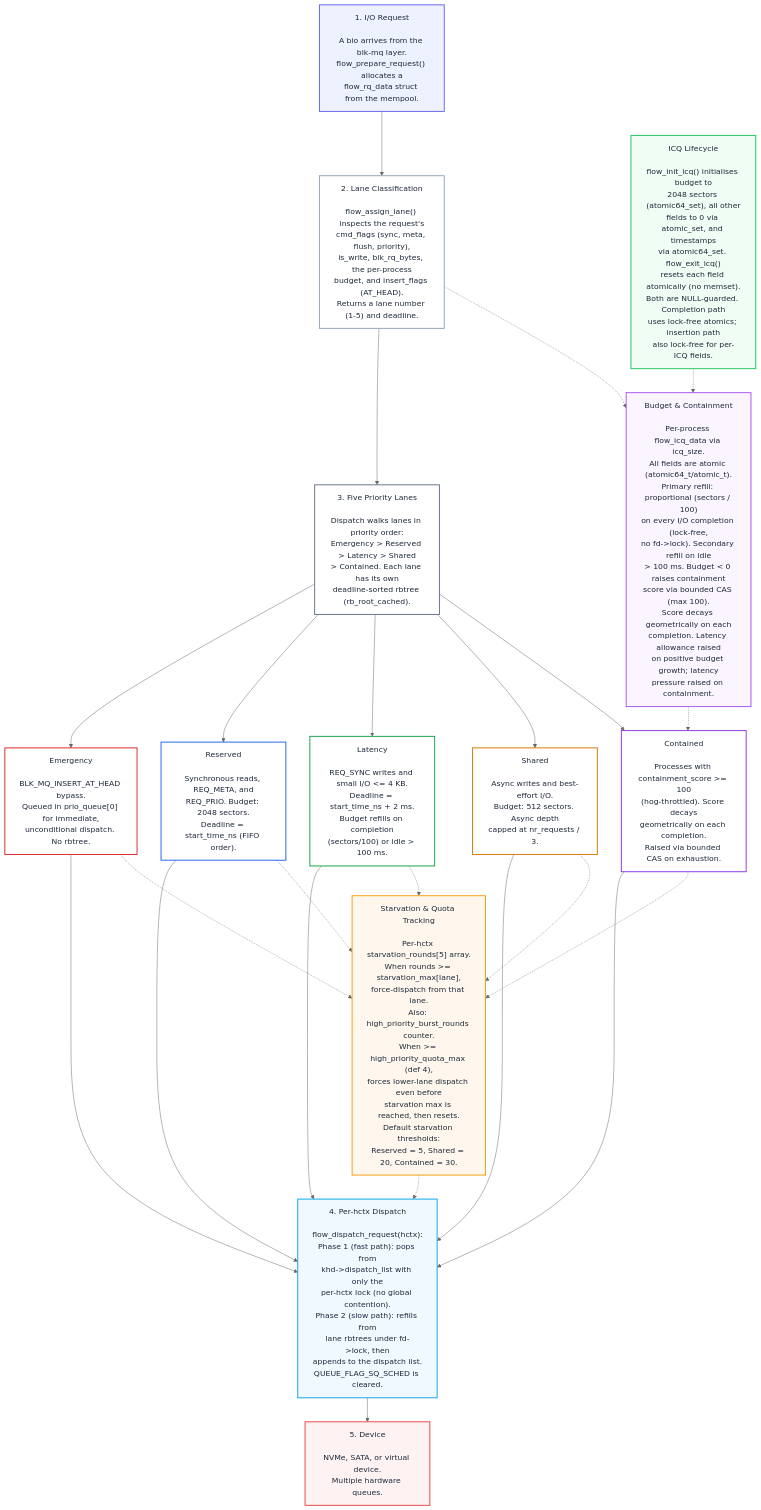
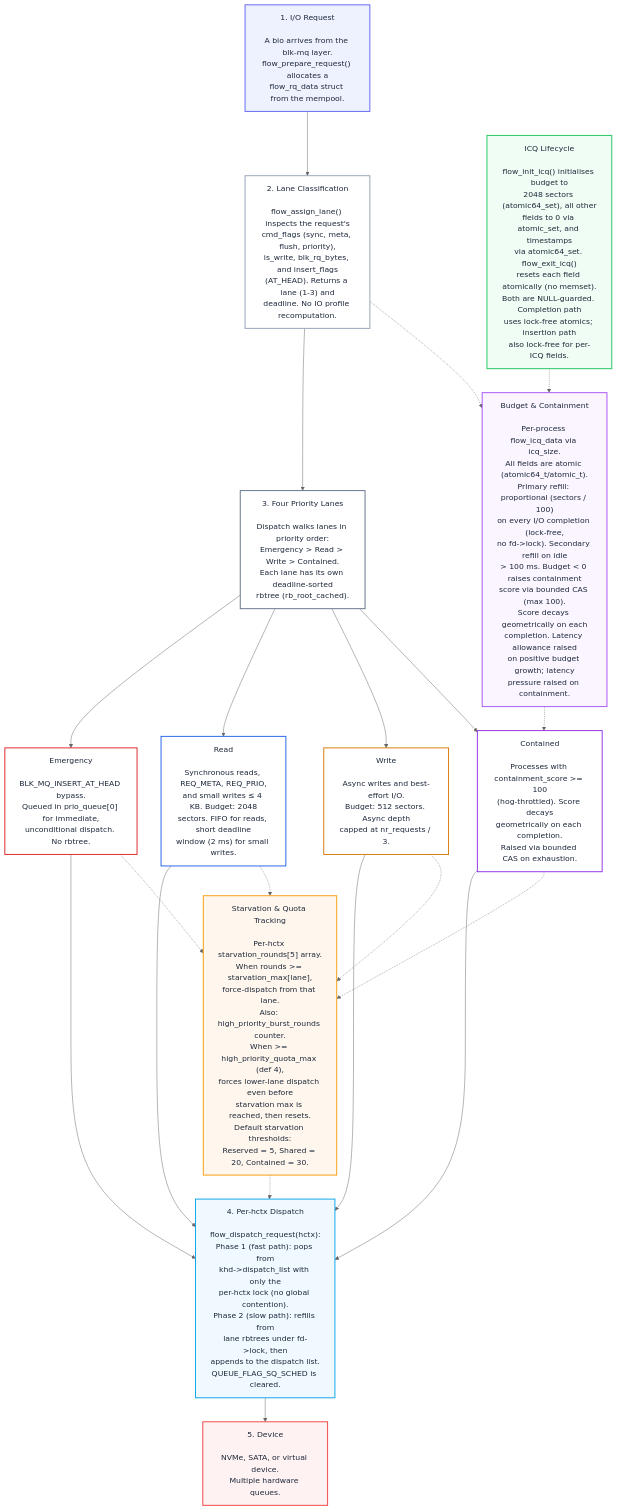
The diagram in README.md (galpt/flow-iosched), drawn with Mermaid (neutral theme) before and after one commit. The commit also changed other lines of this file and 3 other files, not shown here.

First line of the commit message:
flow-iosched: clean up stale v2.0.1 references after v3.0 re-architecture

```diff
--- a/README.md
+++ b/README.md
@@ -41,16 +40,16 @@
 
 flow_assign_lane() inspects the request's
 cmd_flags (sync, meta, flush, priority),
-is_write, blk_rq_bytes, the per-process
-budget, and insert_flags (AT_HEAD).
-Returns a lane number (1-5) and deadline."]
+is_write, blk_rq_bytes, and insert_flags
+(AT_HEAD). Returns a lane (1-3) and
+deadline. No IO profile recomputation."]
 
-    N3["3. Five Priority Lanes
+    N3["3. Four Priority Lanes
 
 Dispatch walks lanes in priority order:
-Emergency > Reserved > Latency > Shared
-> Contained. Each lane has its own
-deadline-sorted rbtree (rb_root_cached)."]
+Emergency > Read > Write > Contained.
+Each lane has its own deadline-sorted
+rbtree (rb_root_cached)."]
 
     C1["Emergency
 
@@ -58,20 +57,14 @@
 Queued in prio_queue[0] for immediate,
 unconditional dispatch. No rbtree."]
 
-    D1["Reserved
+    D1["Read
 
-Synchronous reads, REQ_META, and
-REQ_PRIO. Budget: 2048 sectors.
-Deadline = start_time_ns (FIFO order)."]
+Synchronous reads, REQ_META, REQ_PRIO,
+and small writes ≤ 4 KB. Budget: 2048
+sectors. FIFO for reads, short deadline
+window (2 ms) for small writes."]
 
-    E1["Latency
-
-REQ_SYNC writes and small I/O <= 4 KB.
-Deadline = start_time_ns + 2 ms.
-Budget refills on completion
-(sectors/100) or idle > 100 ms."]
-
-    F1["Shared
+    F1["Write
 
 Async writes and best-effort I/O.
 Budget: 512 sectors. Async depth
@@ -141,12 +134,10 @@
     B1 --> N3
     N3 --> C1
     N3 --> D1
-    N3 --> E1
     N3 --> F1
     N3 --> G1
     C1 --> H1
     D1 --> H1
-    E1 --> H1
     F1 --> H1
     G1 --> H1
     H1 --> I1
@@ -155,7 +146,6 @@
     J1 -.-> G1
     C1 -.-> K1
     D1 -.-> K1
-    E1 -.-> K1
     F1 -.-> K1
     G1 -.-> K1
     K1 -.-> H1
@@ -166,7 +156,6 @@
     style N3 fill:#fff,stroke:#64748b,stroke-width:2,color:#1e293b
     style C1 fill:#fff,stroke:#dc2626,stroke-width:2,color:#1e293b
     style D1 fill:#fff,stroke:#2563eb,stroke-width:2,color:#1e293b
-    style E1 fill:#fff,stroke:#16a34a,stroke-width:2,color:#1e293b
     style F1 fill:#fff,stroke:#d97706,stroke-width:2,color:#1e293b
     style G1 fill:#fff,stroke:#9333ea,stroke-width:2,color:#1e293b
     style H1 fill:#f0f9ff,stroke:#0ea5e9,stroke-width:2,color:#1e293b
```
